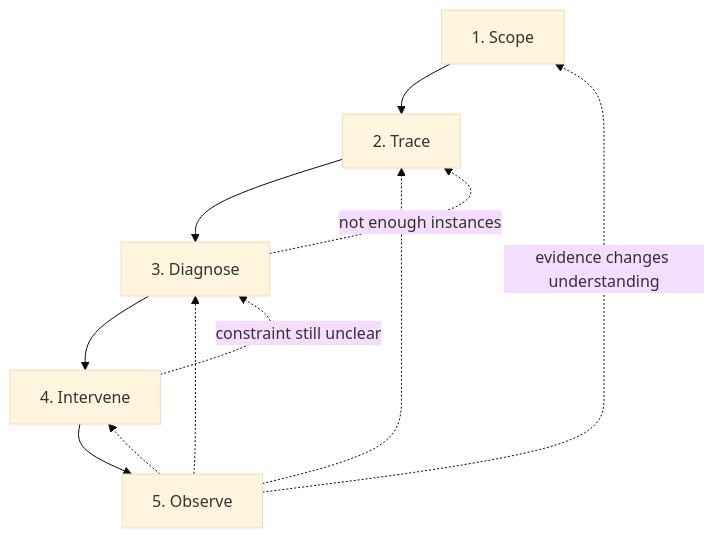
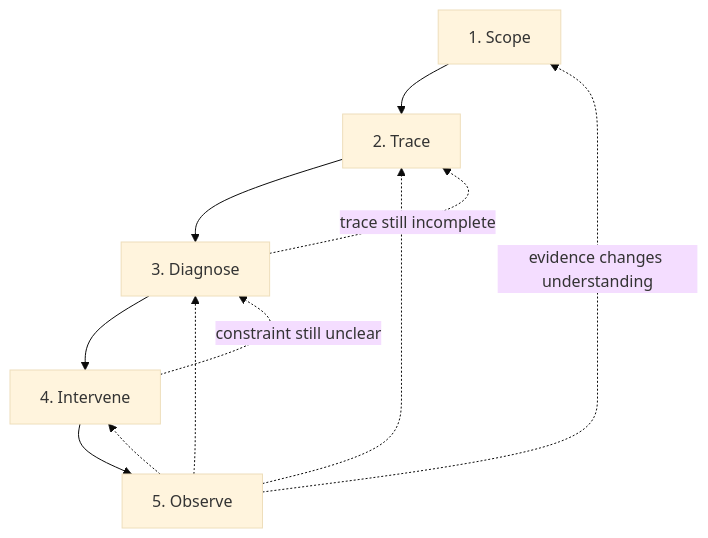
The diagram in docs/12-method/README.md (opsdevcode/convergence), drawn with Mermaid (base theme) before and after one commit. The commit also changed other lines of this file and 7 other files, not shown here.

````diff
--- a/docs/12-method/README.md
+++ b/docs/12-method/README.md
@@ -102,15 +102,15 @@
 ```mermaid
 flowchart TB
   Scope["1. Scope"]
   Trace["2. Trace"]
   Diag["3. Diagnose"]
   Int["4. Intervene"]
   Obs["5. Observe"]
   Scope --> Trace --> Diag --> Int --> Obs
   Obs -.->|evidence changes understanding| Scope
   Obs -.-> Trace
   Obs -.-> Diag
   Obs -.-> Int
-  Diag -.->|not enough instances| Trace
+  Diag -.->|trace still incomplete| Trace
   Int -.->|constraint still unclear| Diag
 ```
````
